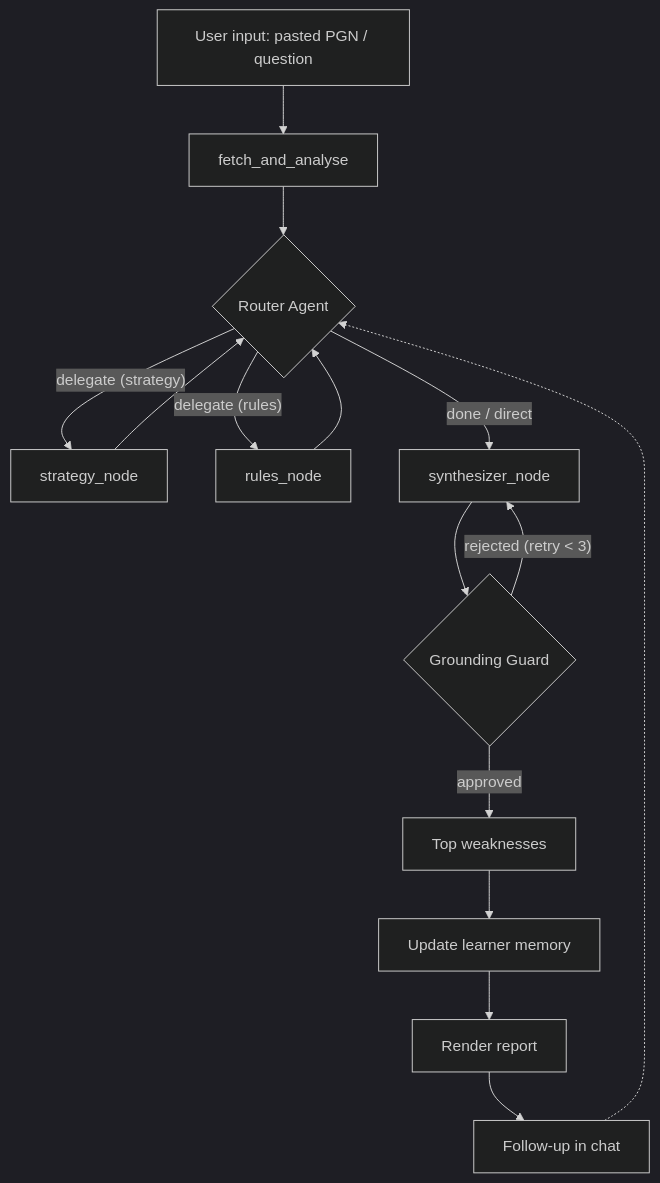
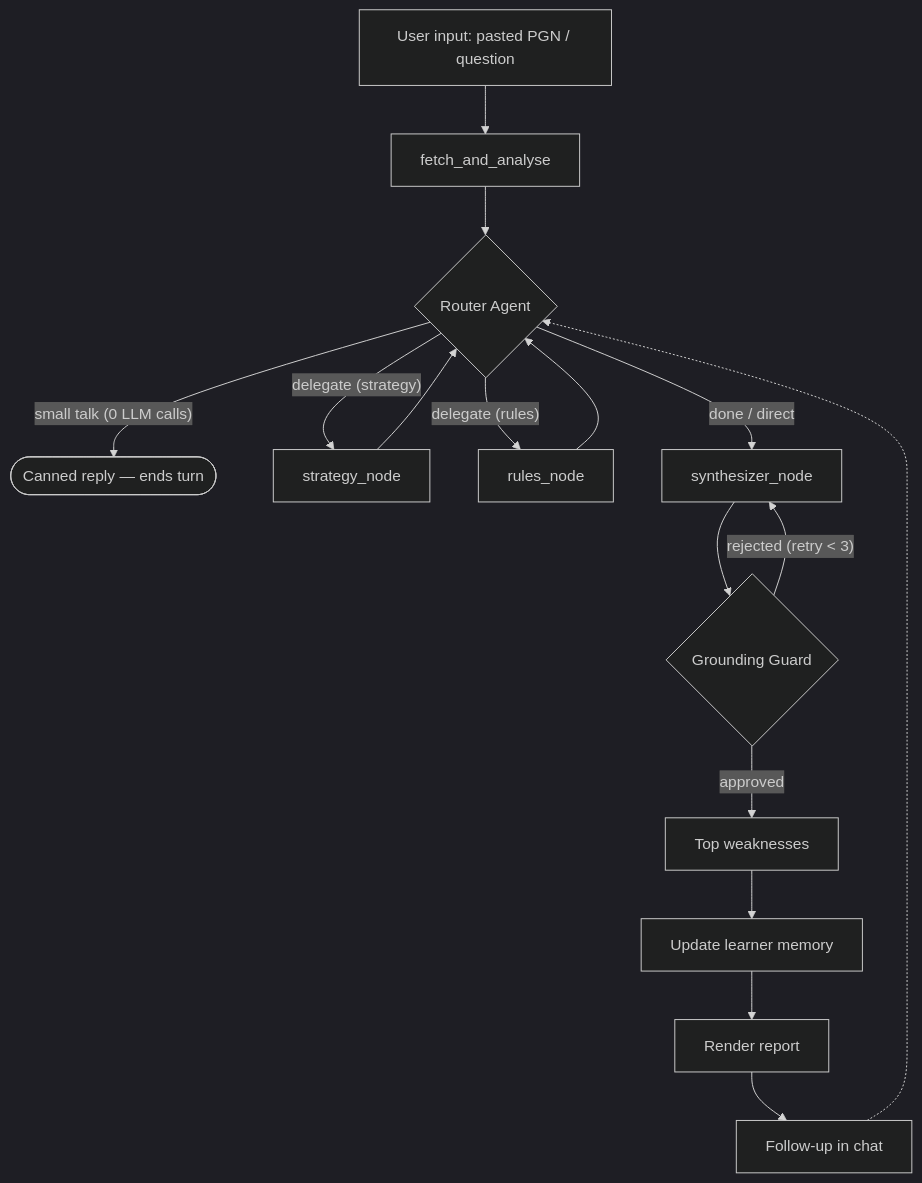
The second of 8 diagrams in docs/ARCHITECTURE.md (rakeshnetdev/AIEC01_CERT_CHLG_GRANDMATE), drawn with Mermaid (dark theme) before and after one commit. The commit also changed 4 other files, not shown here.

````diff
--- a/docs/ARCHITECTURE.md
+++ b/docs/ARCHITECTURE.md
@@ -76,21 +76,22 @@
 ```mermaid
 flowchart TD
     U["User input: pasted PGN / question"] --> FETCH[fetch_and_analyse]
     FETCH --> ROUTE{Router Agent}
 
+    ROUTE -- "small talk (0 LLM calls)" --> DONE([Canned reply — ends turn])
     ROUTE -- "delegate (strategy)" --> STRAT[strategy_node]
     ROUTE -- "delegate (rules)" --> RULES[rules_node]
     ROUTE -- "done / direct" --> SYNTH[synthesizer_node]
 
     STRAT --> ROUTE
     RULES --> ROUTE
 
     SYNTH --> GUARD{Grounding Guard}
     GUARD -- approved --> WEAK[Top weaknesses]
     GUARD -- rejected (retry < 3) --> SYNTH
 
     WEAK --> WRITE[Update learner memory]
     WRITE --> REPORT[Render report]
     REPORT --> FOLLOW[Follow-up in chat]
     FOLLOW -.-> ROUTE
 ```
````
